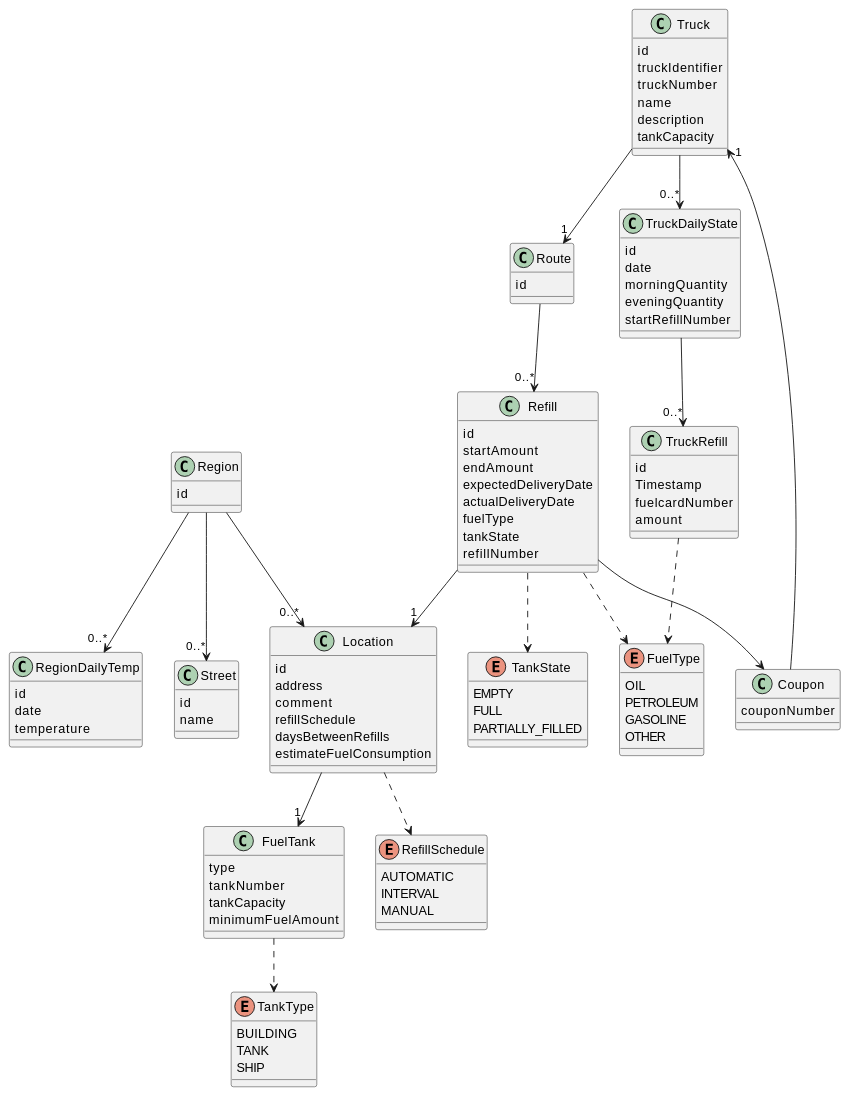
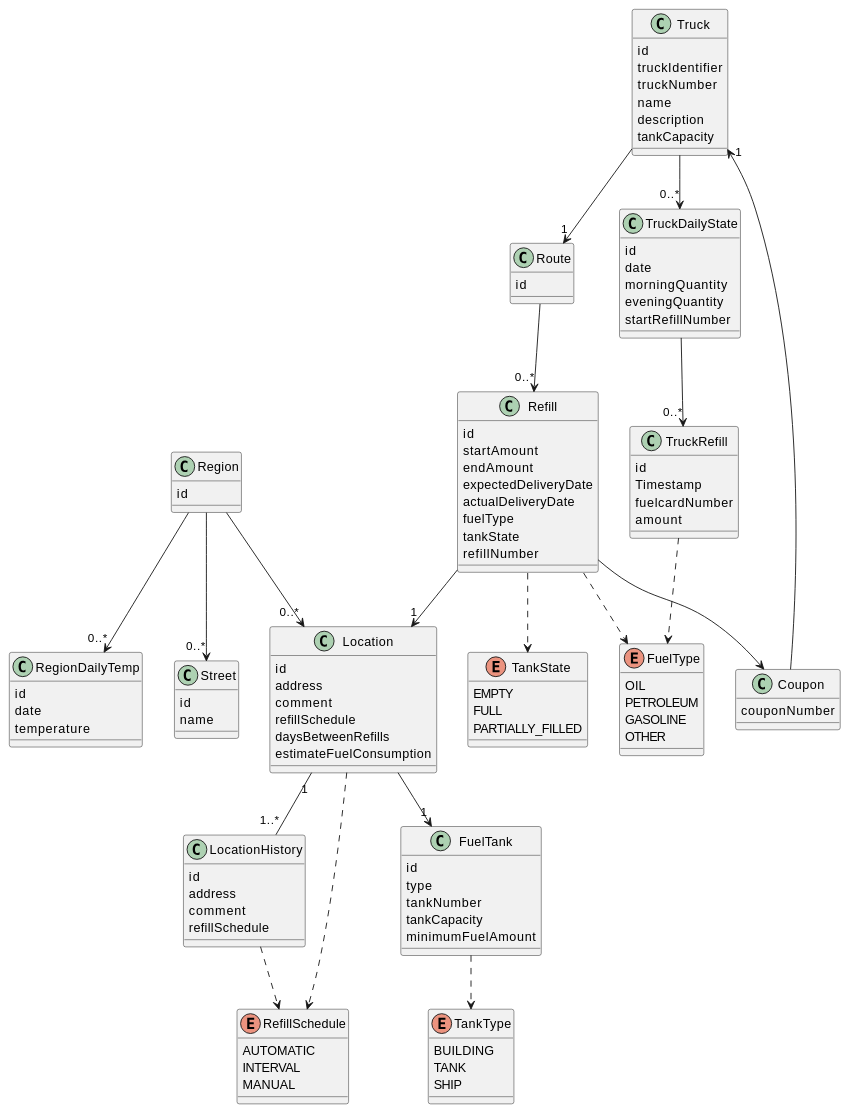
The diagram in docs/entity-datamodel.md (IT-Minds/client_comby_oilcontrols), drawn with PlantUML before and after one commit. The commit also changed 6 other files, not shown here.

Commit message:
CO-97 location history (#72)

````diff
--- a/docs/entity-datamodel.md
+++ b/docs/entity-datamodel.md
@@ -26,7 +26,15 @@
   estimateFuelConsumption
 }
 
+class LocationHistory {
+  id
+  address
+  comment
+  refillSchedule
+}
+
 class FuelTank {
+  id
   type
   tankNumber
   tankCapacity
@@ -120,6 +128,8 @@
 
 Location --> "1" FuelTank
 Location ..> RefillSchedule
+LocationHistory ..> RefillSchedule
+Location "1" -- "1..*" LocationHistory
 @enduml
 
 ```
````
